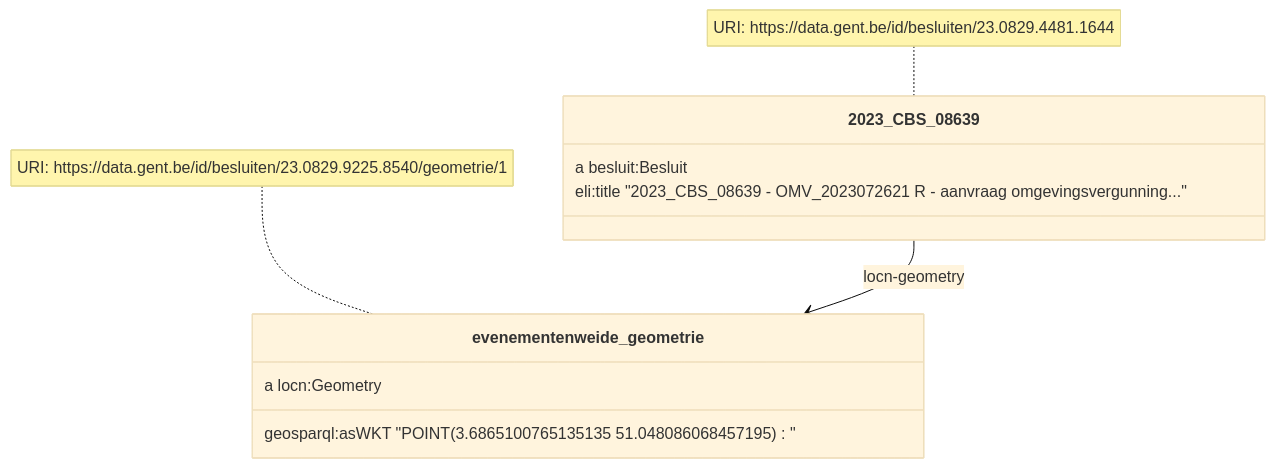
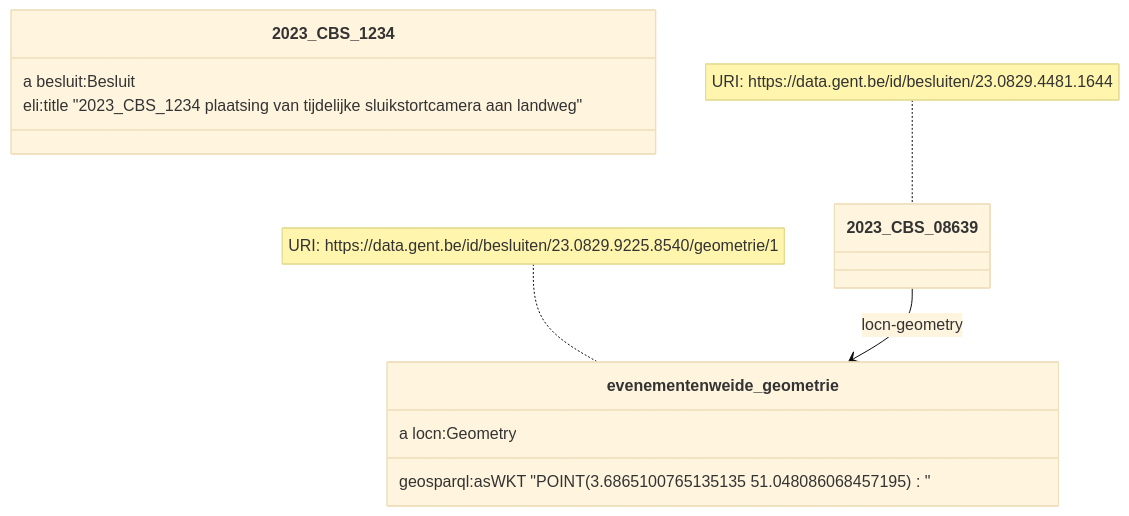
Before and after one commit to Informatievlaanderen/OSLOthema-slimmeRaadpleegOmgeving: the fifth of 9 diagrams in README.md, drawn with Mermaid (base theme). The commit also changed other lines of this file, not shown here.

````diff
--- a/README.md
+++ b/README.md
@@ -167,14 +168,14 @@
 ```mermaid
 classDiagram
     2023_CBS_08639 --> evenementenweide_geometrie: locn-geometry
     note for 2023_CBS_08639 "URI: https://data.gent.be/id/besluiten/23.0829.4481.1644"
     note for evenementenweide_geometrie "URI: https://data.gent.be/id/besluiten/23.0829.9225.8540/geometrie/1"
-    class 2023_CBS_08639 {
+    class 2023_CBS_1234 {
       a besluit:Besluit
-      eli:title "2023_CBS_08639 - OMV_2023072621 R - aanvraag omgevingsvergunning..."
+      eli:title "2023_CBS_1234 plaatsing van tijdelijke sluikstortcamera aan landweg"
     }
     class evenementenweide_geometrie {
       a locn:Geometry
       geosparql:asWKT "POINT(3.6865100765135135 51.048086068457195)"
     }
 ```
````
